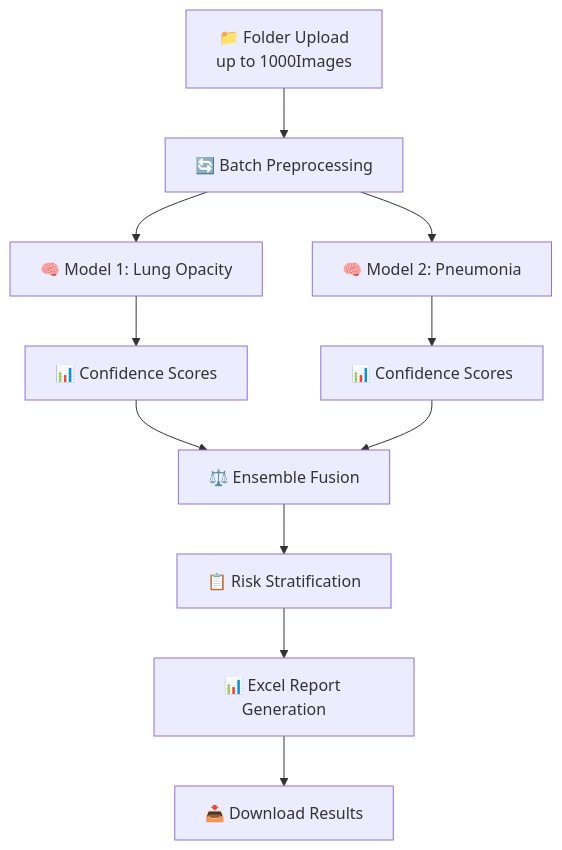
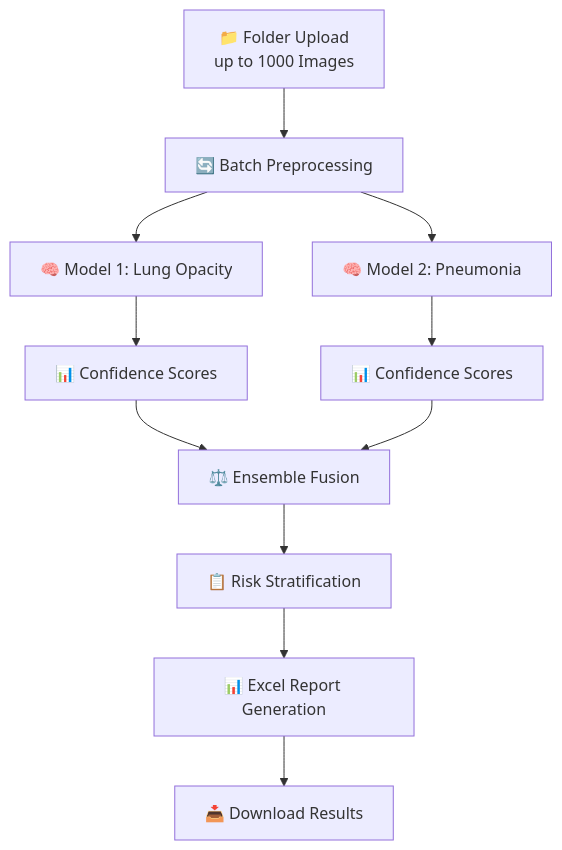
One commit to mXrahul01/Chest-X-Ray-disease-detection-using-Liquid-Neural-Network-LNNs changed the diagram in README.md. Above: the diagram before and after it, drawn with Mermaid. The commit also changed other lines of this file, not shown here.

````diff
--- a/README.md
+++ b/README.md
@@ -171,13 +171,13 @@
 ```mermaid
 graph TB
-    A[📁 Folder Upload<br/>up to 1000Images] --> B[🔄 Batch Preprocessing]
+    A[📁 Folder Upload<br/>up to 1000 Images] --> B[🔄 Batch Preprocessing]
     B --> C[🧠 Model 1: Lung Opacity]
     B --> D[🧠 Model 2: Pneumonia]
     C --> E[📊 Confidence Scores]
     D --> F[📊 Confidence Scores]
     E --> G[⚖️ Ensemble Fusion]
     F --> G
     G --> H[📋 Risk Stratification]
     H --> I[📊 Excel Report Generation]
     I --> J[📥 Download Results]
 ```
````
